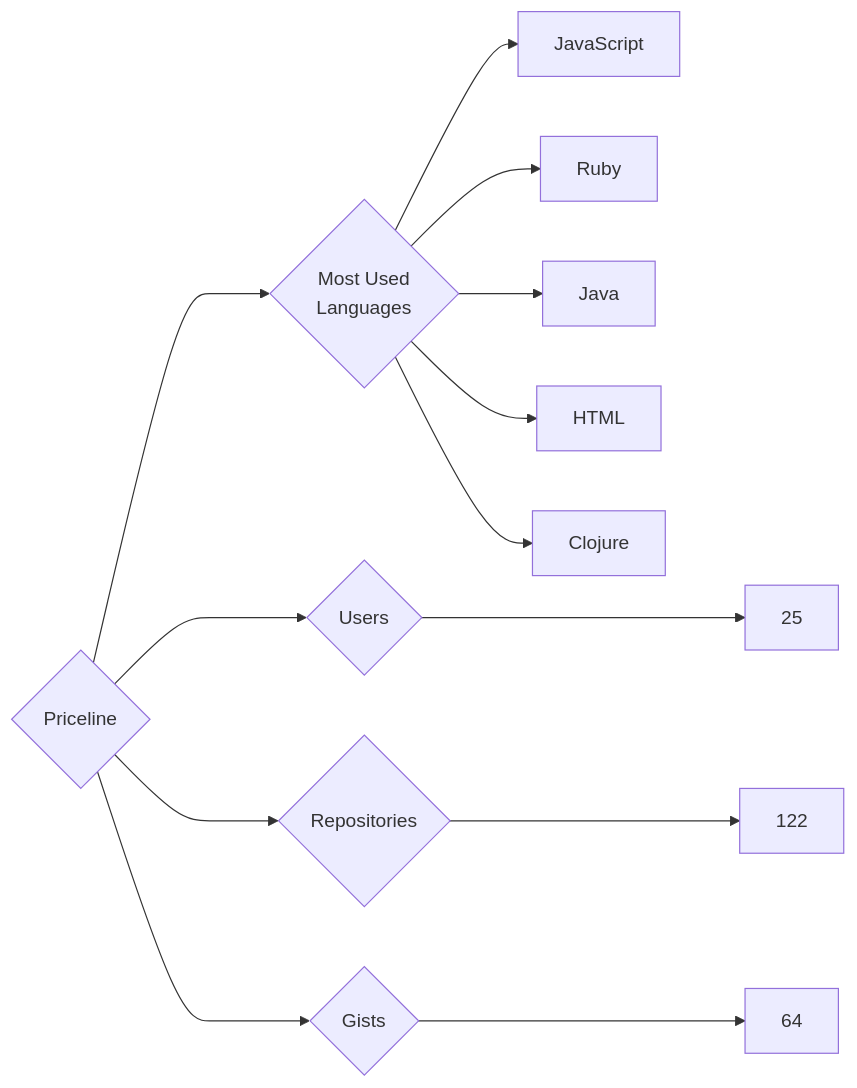
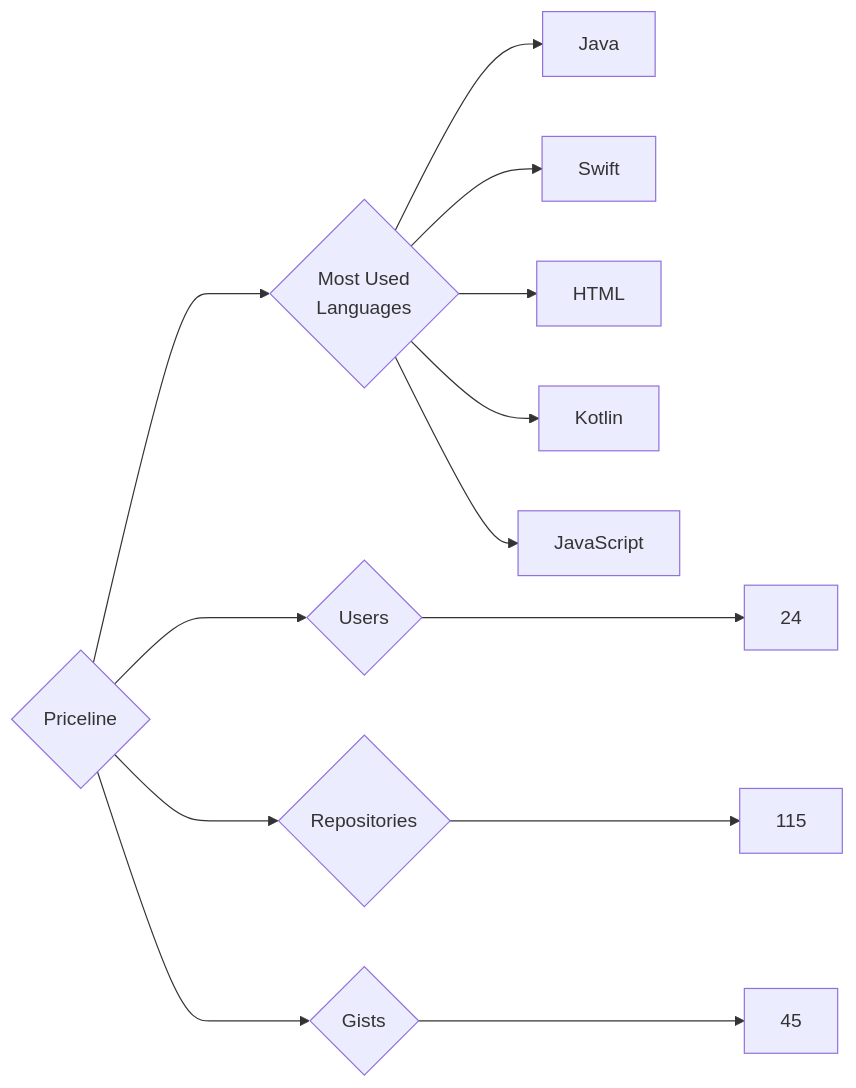
Before and after one commit to trickest/insiders: the diagram in targets/Priceline/README.md, drawn with Mermaid. The commit also changed 695 other files, not shown here.

````diff
--- a/targets/Priceline/README.md
+++ b/targets/Priceline/README.md
@@ -3,13 +3,13 @@
 ```mermaid
 graph LR
 COMPANY_NAME{Priceline}
-COMPANY_NAME ---> U{Users} ---> UN[25]
-COMPANY_NAME ---> R{Repositories} ---> RN[122]
-COMPANY_NAME ---> G{Gists} ---> GN[64]
+COMPANY_NAME ---> U{Users} ---> UN[24]
+COMPANY_NAME ---> R{Repositories} ---> RN[115]
+COMPANY_NAME ---> G{Gists} ---> GN[45]
 COMPANY_NAME ---> ML{Most Used<br>Languages}
+ML --> Java[Java]
+ML --> Swift[Swift]
+ML --> HTML[HTML]
+ML --> Kotlin[Kotlin]
 ML --> JavaScript[JavaScript]
-ML --> Ruby[Ruby]
-ML --> Java[Java]
-ML --> HTML[HTML]
-ML --> Clojure[Clojure]
 ```
````
